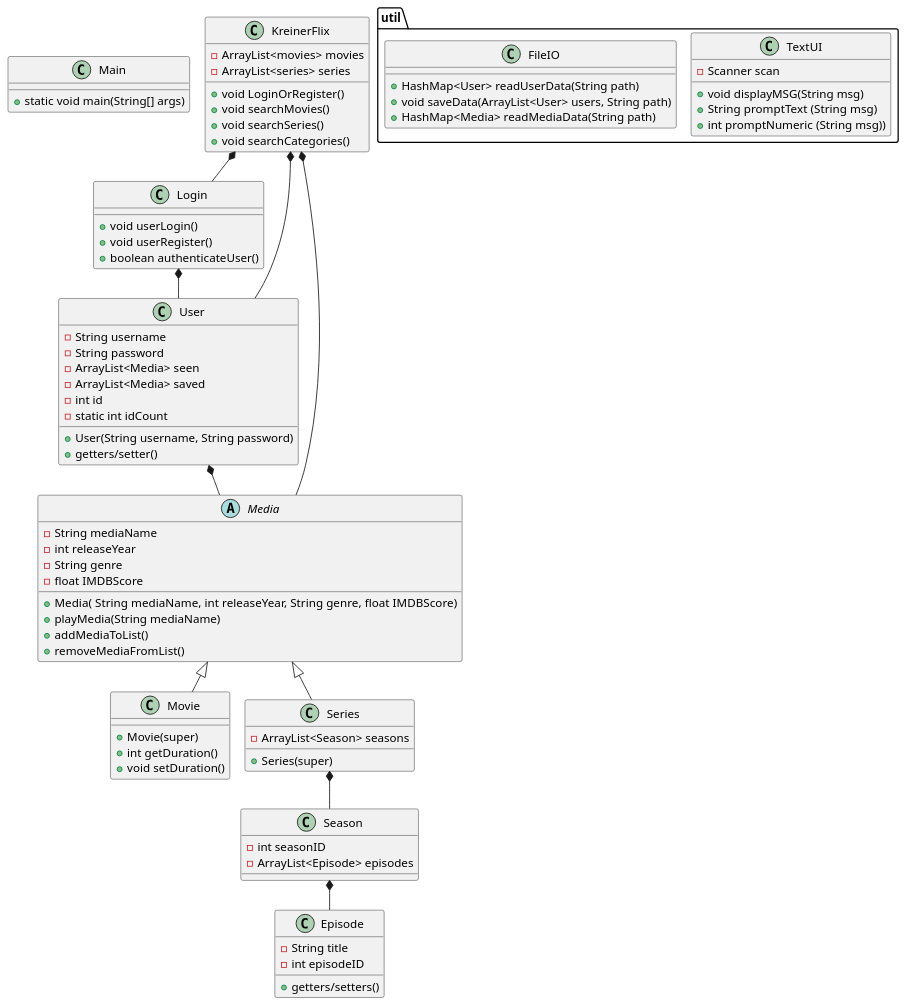
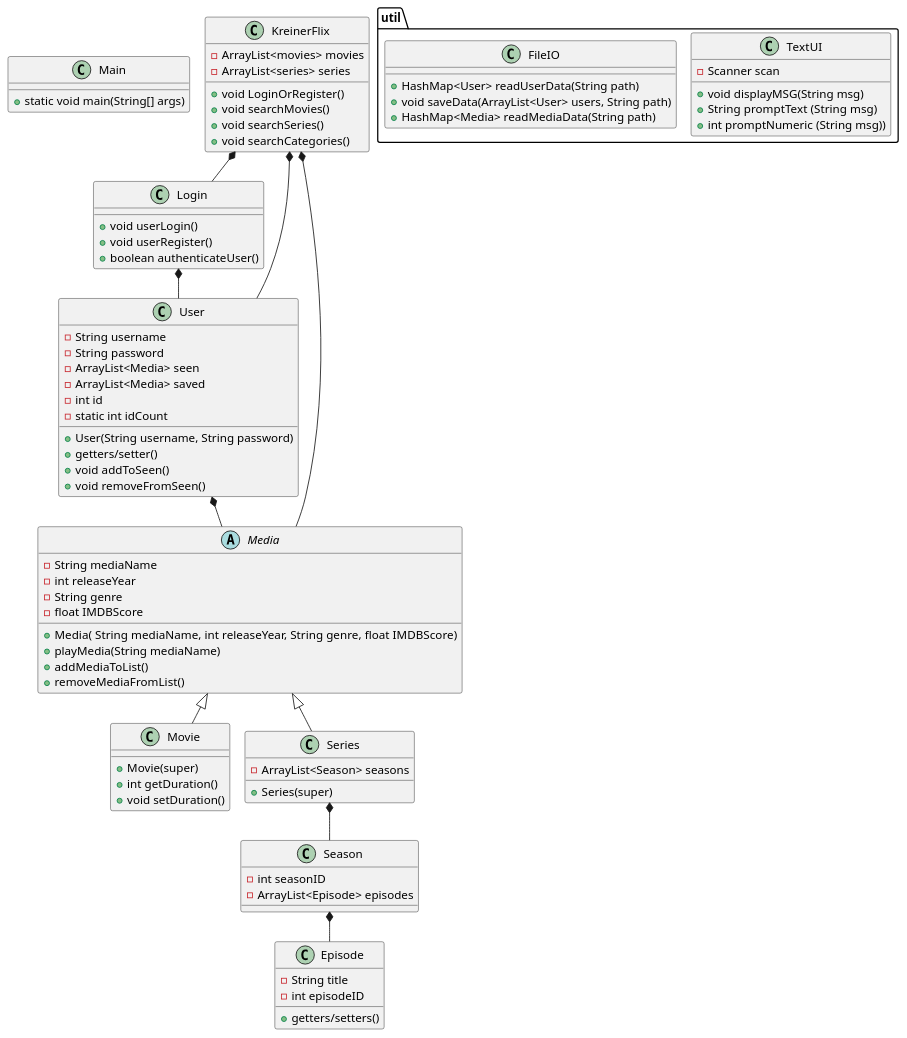
The diagram in doc/classdiagram.puml (Bubberslem/Sp3MadsDMarcusR), drawn with PlantUML before and after one commit. The commit also changed 4 other files, not shown here.

```diff
--- a/doc/classdiagram.puml
+++ b/doc/classdiagram.puml
@@ -1,96 +1,97 @@
 @startuml
 'https://plantuml.com/class-diagram
 !pragma layout smetana
 class Main{
 + static void main(String[] args)
 }
 class Login{
 + void userLogin()
 + void userRegister()
 + boolean authenticateUser()
 }
 abstract class Media{
 - String mediaName
 - int releaseYear
 - String genre
 - float IMDBScore
 
 + Media( String mediaName, int releaseYear, String genre, float IMDBScore)
 + playMedia(String mediaName)
 + addMediaToList()
 + removeMediaFromList()
 }
 
 class Movie extends Media{
 + Movie(super)
 + int getDuration()
 + void setDuration()
 }
 
 class Series extends Media{
 - ArrayList<Season> seasons
 + Series(super)
 }
 
 class Season{
 - int seasonID
 - ArrayList<Episode> episodes
 }
 
 class Episode{
 - String title
 - int episodeID
 + getters/setters()
 }
 
 class KreinerFlix{
 - ArrayList<movies> movies
 - ArrayList<series> series
 + void LoginOrRegister()
 + void searchMovies()
 + void searchSeries()
 + void searchCategories()
 }
 
 class User{
 - String username
 - String password
 - ArrayList<Media> seen
 - ArrayList<Media> saved
 - int id
 - static int idCount
 + User(String username, String password)
 + getters/setter()
-
++ void addToSeen()
++ void removeFromSeen()
 }
 class Movie{
 
 }
 package "util"{
 
 class TextUI{
 - Scanner scan
 
 + void displayMSG(String msg)
 + String promptText (String msg)
 + int promptNumeric (String msg))
 }
 
 class FileIO{
 + HashMap<User> readUserData(String path)
 + void saveData(ArrayList<User> users, String path)
 + HashMap<Media> readMediaData(String path)
 }
 
 KreinerFlix *-- Media
 
 User *-- Media
 
 KreinerFlix *-- User
 
 Series *-- Season
 
 Season *-- Episode
 Login *-- User
 KreinerFlix *-- Login
 @enduml
```
